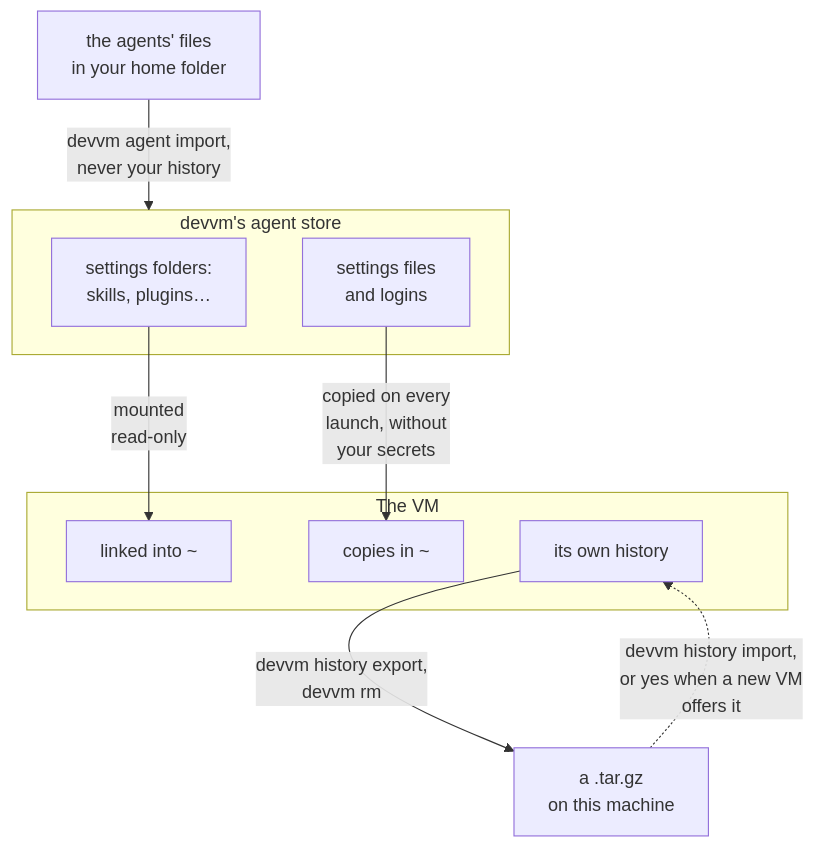
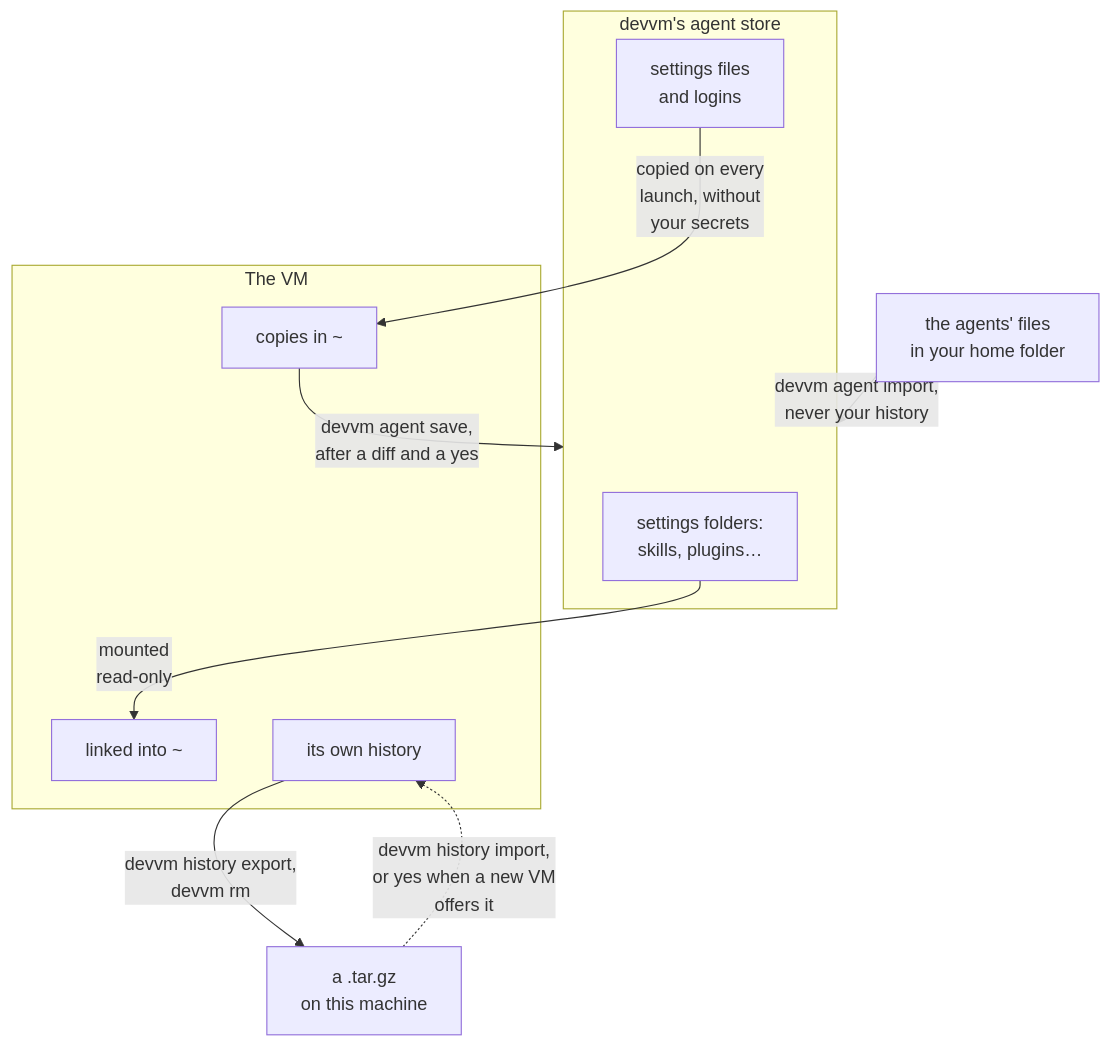
One commit to DustyPolk/devvm changed the diagram in docs/content/docs/using/coding-agents.md. Above: the diagram before and after it, drawn with Mermaid. The commit also changed other lines of this file and 87 other files, not shown here.

````diff
--- a/docs/content/docs/using/coding-agents.md
+++ b/docs/content/docs/using/coding-agents.md
@@ -56,18 +56,19 @@
 ```mermaid
 flowchart TD
   home["the agents' files<br>in your home folder"]
   subgraph store["devvm's agent store"]
     folders["settings folders:<br>skills, plugins…"]
     files["settings files<br>and logins"]
   end
   subgraph guest["The VM"]
     links["linked into ~"]
     copies["copies in ~"]
     own["its own history"]
   end
   home -- "devvm agent import,<br>never your history" --> store
   folders -- "mounted<br>read-only" --> links
   files -- "copied on every<br>launch, without<br>your secrets" --> copies
+  copies -- "devvm agent save,<br>after a diff and a yes" --> store
   own -- "devvm history export,<br>devvm rm" --> export["a .tar.gz<br>on this machine"]
   export -. "devvm history import,<br>or yes when a new VM<br>offers it" .-> own
 ```
````
